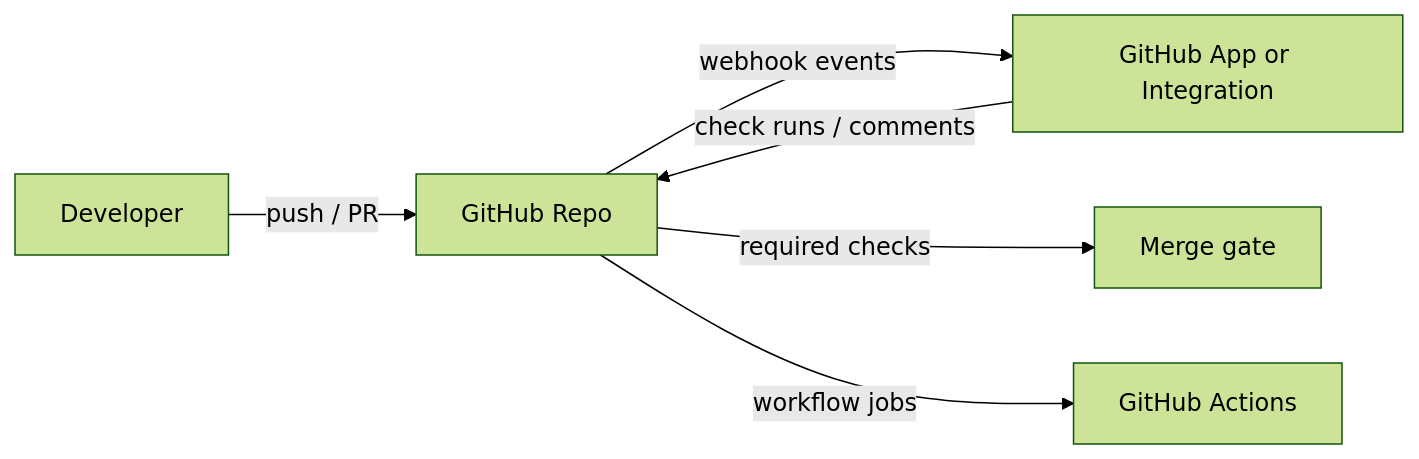
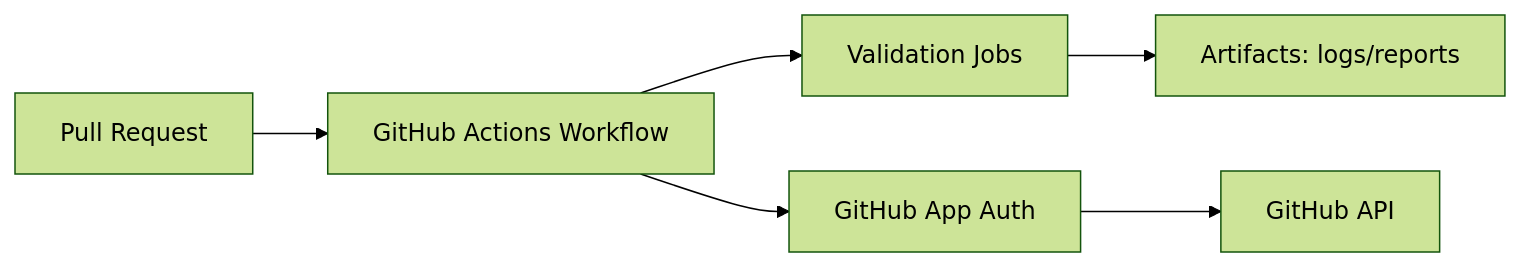
The first of 2 diagrams in .github/apps/README.md (bartytime4life/Kansas-Frontier-Matrix), drawn with Mermaid (forest theme) before and after one commit. The commit also changed other lines of this file, not shown here.

Commit message:
Update README for GitHub Apps documentation

```diff
--- a/.github/apps/README.md
+++ b/.github/apps/README.md
@@ -166,8 +141,8 @@
 ~~~mermaid
 flowchart LR
-  Dev[Developer] -->|push / PR| GH[GitHub Repo]
-  GH -->|webhook events| App[GitHub App or Integration]
-  App -->|check runs / comments| GH
-  GH -->|required checks| Merge[Merge gate]
-  GH -->|workflow jobs| CI[GitHub Actions]
+  PR[Pull Request] --> WF[GitHub Actions Workflow]
+  WF --> V[Validation Jobs]
+  WF --> APP[GitHub App Auth]
+  APP --> GH[GitHub API]
+  V --> ART[Artifacts: logs/reports]
 ~~~
```
